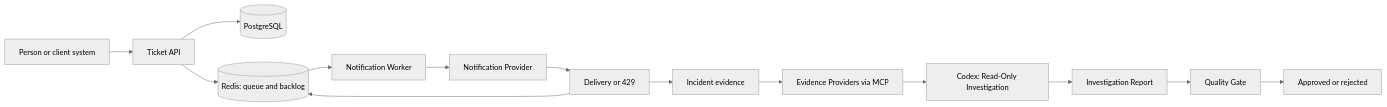
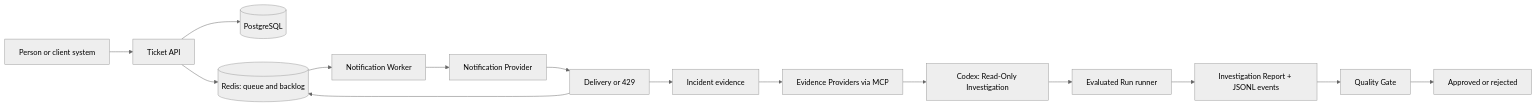
One commit to brenoacker/incident-investigator changed the first of 9 diagrams in docs/system-workflow.md. Above: the diagram before and after it, drawn with Mermaid (neutral theme). The commit also changed other lines of this file and 2 other files, not shown here.

Commit message:
feat: add evaluated run runner

````diff
--- a/docs/system-workflow.md
+++ b/docs/system-workflow.md
@@ -9,16 +9,17 @@
 ```mermaid
 flowchart LR
     Person[Person or client system] --> API[Ticket API]
     API --> PG[(PostgreSQL)]
     API --> Redis[(Redis: queue and backlog)]
     Redis --> Worker[Notification Worker]
     Worker --> Provider[Notification Provider]
     Provider --> Result[Delivery or 429]
     Result --> Redis
     Result --> Evidence[Incident evidence]
     Evidence --> MCPs[Evidence Providers via MCP]
     MCPs --> Codex[Codex: Read-Only Investigation]
-    Codex --> Report[Investigation Report]
+    Codex --> Runner[Evaluated Run runner]
+    Runner --> Report[Investigation Report + JSONL events]
     Report --> Gate[Quality Gate]
     Gate --> Verdict[Approved or rejected]
 ```
````
